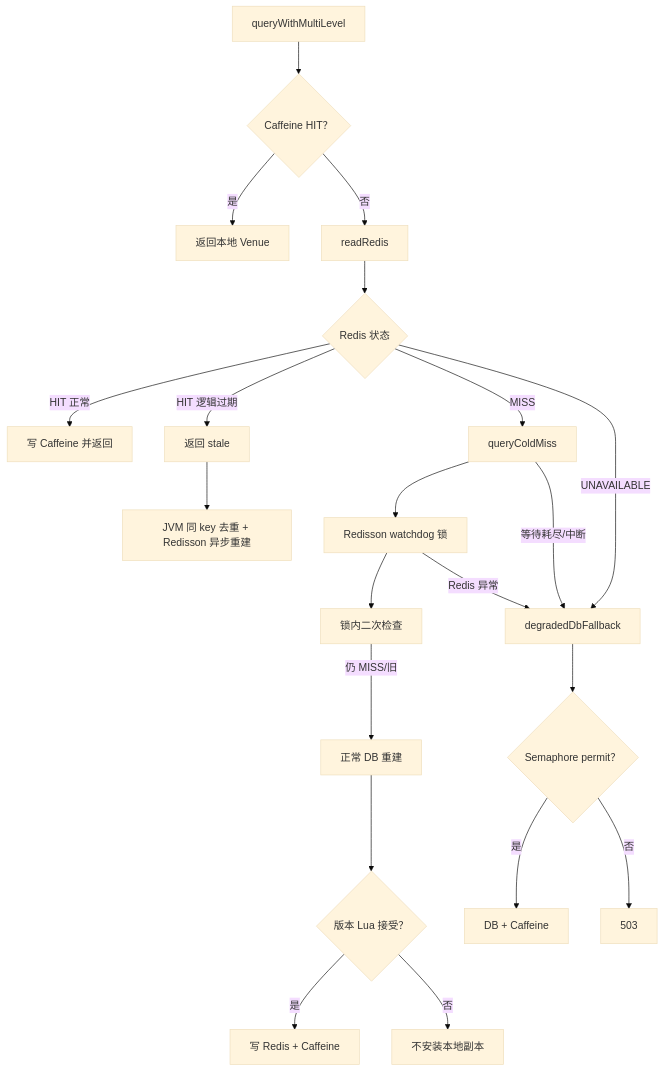
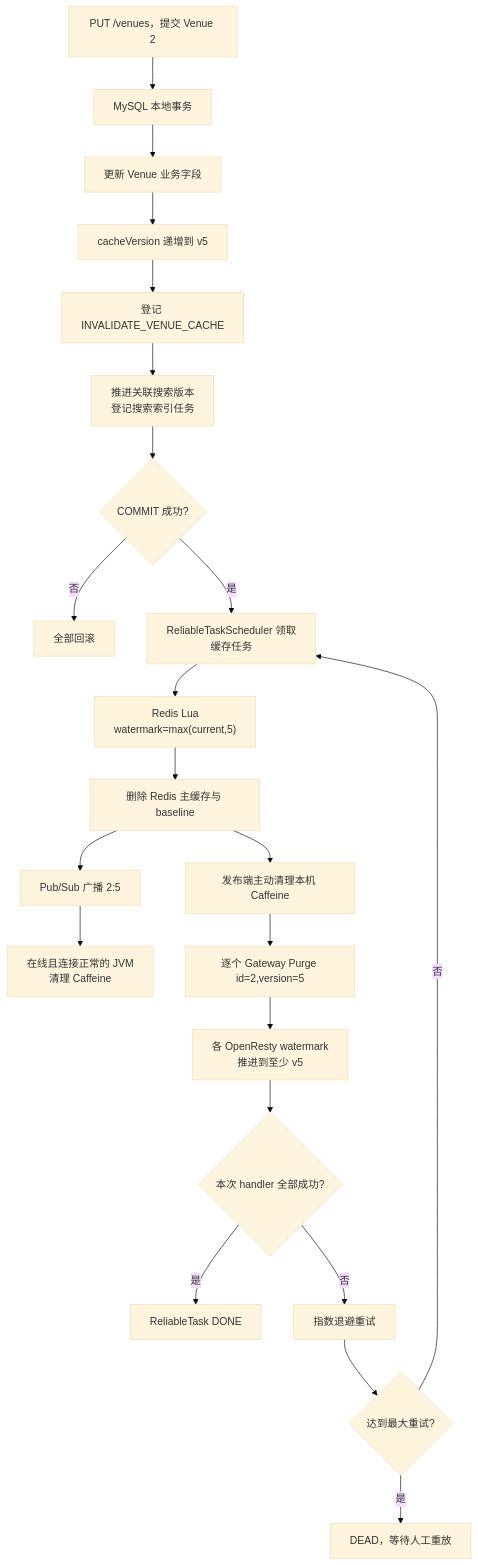
Diagram 14 of 15 in 02-多级缓存一致性.md (SyH-101/citypass-platform), drawn with Mermaid (base theme) before and after one commit. The commit also changed other lines of this file, not shown here.

Commit message:
docs: restructure multi-level cache learning guide

````diff
--- a/02-多级缓存一致性.md
+++ b/02-多级缓存一致性.md
@@ -1647,25 +1111,24 @@
 ```mermaid
 flowchart TD
-    A["queryWithMultiLevel"] --> B{"Caffeine HIT？"}
-    B -->|是| C["返回本地 Venue"]
-    B -->|否| D["readRedis"]
-
-    D --> E{"Redis 状态"}
-    E -->|HIT 正常| F["写 Caffeine 并返回"]
-    E -->|HIT 逻辑过期| G["返回 stale"]
-    G --> H["JVM 同 key 去重 + Redisson 异步重建"]
-    E -->|MISS| I["queryColdMiss"]
-    I --> J["Redisson watchdog 锁"]
-    J --> K["锁内二次检查"]
-    K -->|仍 MISS/旧| L["正常 DB 重建"]
-    L --> M{"版本 Lua 接受？"}
-    M -->|是| N["写 Redis + Caffeine"]
-    M -->|否| O["不安装本地副本"]
-
-    E -->|UNAVAILABLE| P["degradedDbFallback"]
-    J -->|Redis 异常| P
-    I -->|等待耗尽/中断| P
-    P --> Q{"Semaphore permit？"}
-    Q -->|是| R["DB + Caffeine"]
-    Q -->|否| S["503"]
+    A["PUT /venues，提交 Venue 2"] --> B["MySQL 本地事务"]
+    B --> C["更新 Venue 业务字段"]
+    C --> D["cacheVersion 递增到 v5"]
+    D --> E["登记 INVALIDATE_VENUE_CACHE"]
+    E --> F["推进关联搜索版本<br/>登记搜索索引任务"]
+    F --> G{"COMMIT 成功?"}
+    G -->|"否"| G0["全部回滚"]
+    G -->|"是"| H["ReliableTaskScheduler 领取缓存任务"]
+    H --> I["Redis Lua<br/>watermark=max(current,5)"]
+    I --> J["删除 Redis 主缓存与 baseline"]
+    J --> K["Pub/Sub 广播 2:5"]
+    K --> L["在线且连接正常的 JVM<br/>清理 Caffeine"]
+    J --> M["发布端主动清理本机 Caffeine"]
+    M --> N["逐个 Gateway Purge id=2,version=5"]
+    N --> O["各 OpenResty watermark<br/>推进到至少 v5"]
+    O --> P{"本次 handler 全部成功?"}
+    P -->|"是"| Q["ReliableTask DONE"]
+    P -->|"否"| R["指数退避重试"]
+    R --> S{"达到最大重试?"}
+    S -->|"否"| H
+    S -->|"是"| T["DEAD，等待人工重放"]
 ```
````
